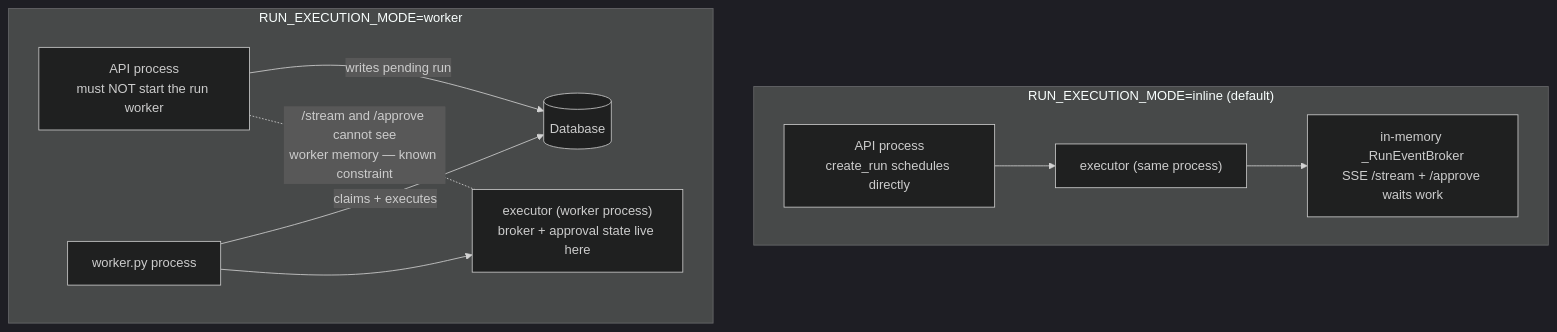
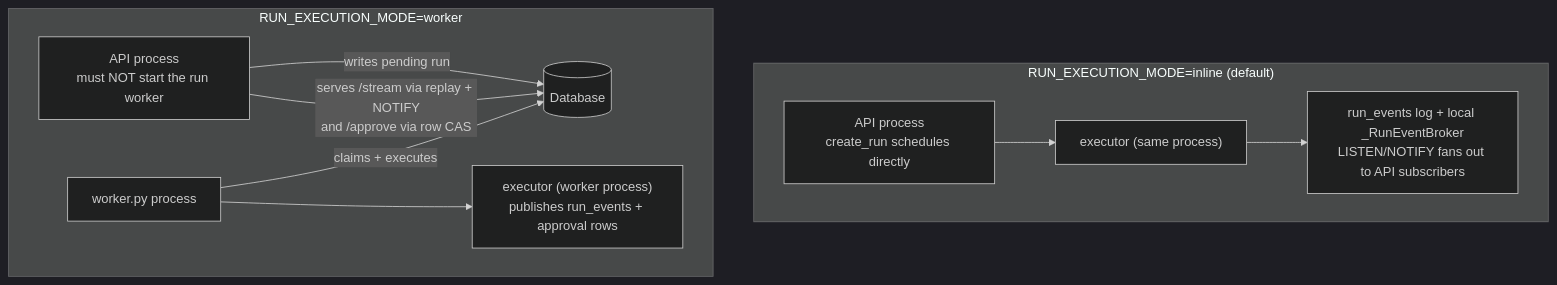
The fifth of 6 diagrams in docs/architecture.md (himanshu-nakrani/aegis), drawn with Mermaid (dark theme) before and after one commit. The commit also changed other lines of this file and 213 other files, not shown here.

````diff
--- a/docs/architecture.md
+++ b/docs/architecture.md
@@ -185,13 +217,13 @@
 ```mermaid
 flowchart TB
     subgraph inline["RUN_EXECUTION_MODE=inline (default)"]
         API1["API process<br/>create_run schedules directly"] --> EX1["executor (same process)"]
-        EX1 --> BR1["in-memory _RunEventBroker<br/>SSE /stream + /approve waits work"]
+        EX1 --> BR1["run_events log + local _RunEventBroker<br/>LISTEN/NOTIFY fans out to API subscribers"]
     end
     subgraph workermode["RUN_EXECUTION_MODE=worker"]
         API2["API process<br/>must NOT start the run worker"] -->|"writes pending run"| DB2[("Database")]
         W["worker.py process"] -->|"claims + executes"| DB2
-        W --> EX2["executor (worker process)<br/>broker + approval state live here"]
-        API2 -. "/stream and /approve cannot see<br/>worker memory — known constraint" .- EX2
+        W --> EX2["executor (worker process)<br/>publishes run_events + approval rows"]
+        API2 -->|"serves /stream via replay + NOTIFY<br/>and /approve via row CAS"| DB2
     end
 ```
````
